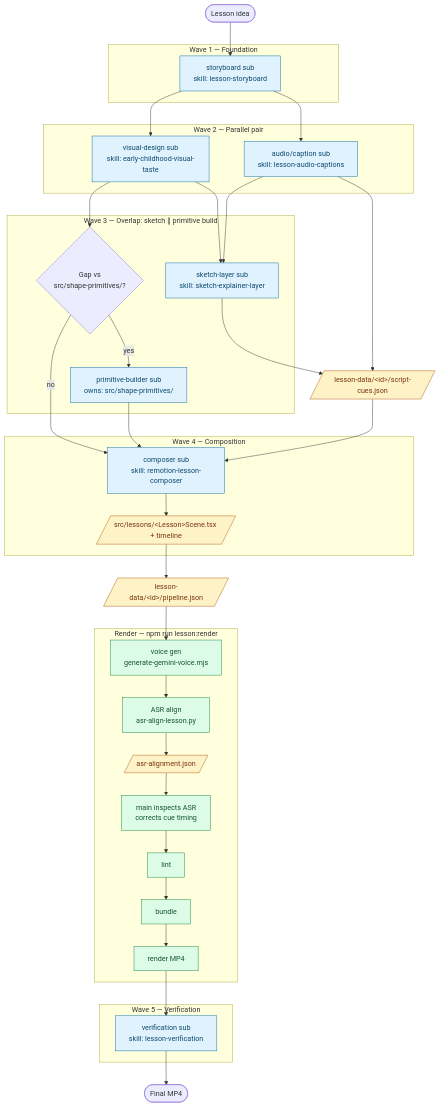
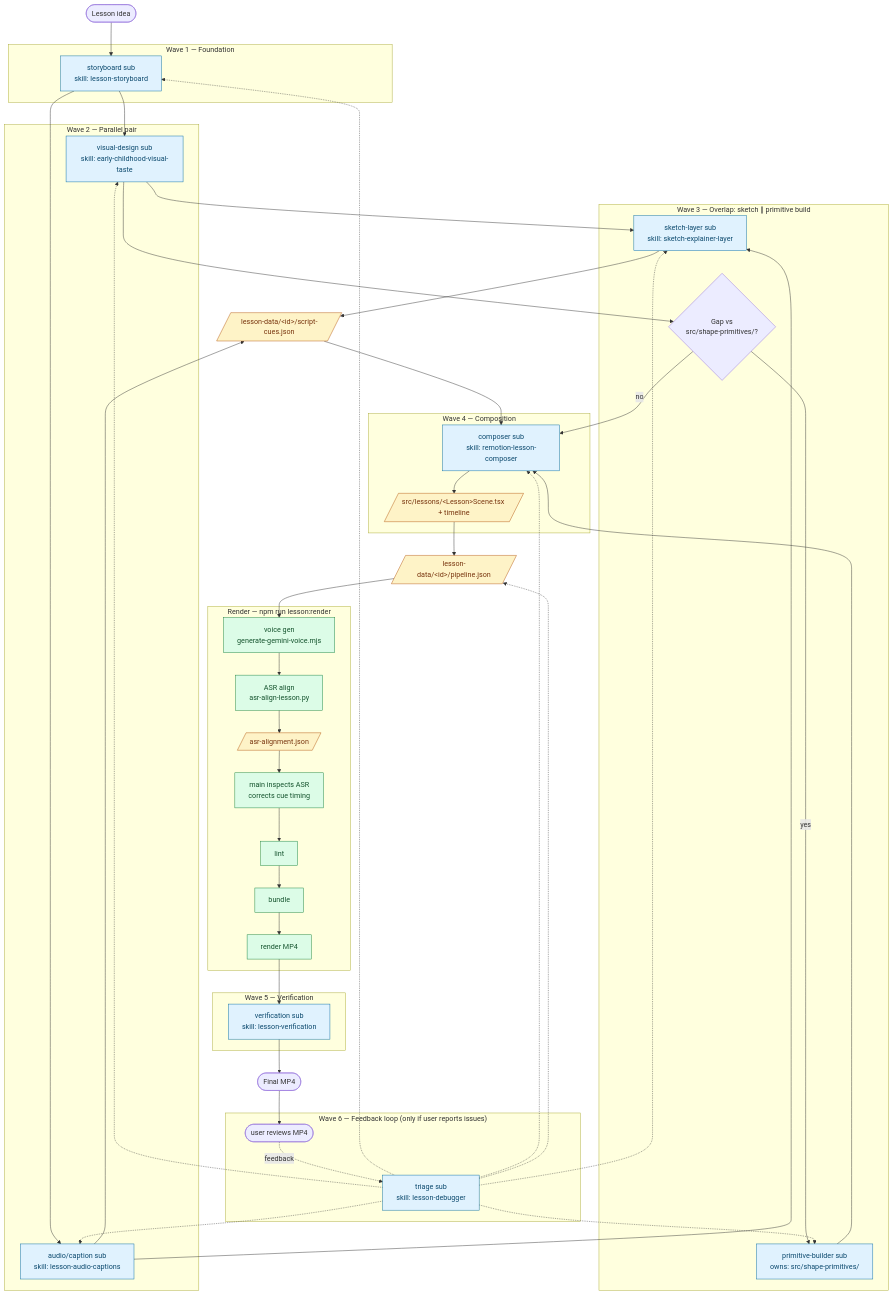
One commit to blueif16/animate-svg changed the diagram in README.md. Above: the diagram before and after it, drawn with Mermaid. The commit also changed other lines of this file and 2 other files, not shown here.

Commit message:
feat: lesson-debugger skill and Wave 6 feedback loop
Adds a debug-time-only skill containing the symptom\xE2\x86\x92wave triage table,
minimal re-run flags, and the structural-change approval protocol. The
skill's description gates it to post-render feedback only, so its body
isn't loaded during waves 1\xE2\x80\x934 video production.

CLAUDE.md gains a 5-line Feedback Loop section pointing to the skill.
README mermaid gains Wave 6 (user review + triage) with dashed feedback
edges back into each upstream wave.

````diff
--- a/README.md
+++ b/README.md
@@ -9,67 +9,81 @@
 ```mermaid
 flowchart TD
     Idea([Lesson idea])
 
     subgraph W1["Wave 1 — Foundation"]
         SB[storyboard sub<br/>skill: lesson-storyboard]
     end
 
     subgraph W2["Wave 2 — Parallel pair"]
         VD[visual-design sub<br/>skill: early-childhood-visual-taste]
         AC[audio/caption sub<br/>skill: lesson-audio-captions]
     end
 
     subgraph W3["Wave 3 — Overlap: sketch ∥ primitive build"]
         SK[sketch-layer sub<br/>skill: sketch-explainer-layer]
         Gap{Gap vs<br/>src/shape-primitives/?}
         PB[primitive-builder sub<br/>owns: src/shape-primitives/]
     end
 
     Cues[/lesson-data/&lt;id&gt;/script-cues.json/]
 
     subgraph W4["Wave 4 — Composition"]
         CO[composer sub<br/>skill: remotion-lesson-composer]
         Scene[/src/lessons/&lt;Lesson&gt;Scene.tsx + timeline/]
     end
 
     Cfg[/lesson-data/&lt;id&gt;/pipeline.json/]
 
     subgraph Pipe["Render — npm run lesson:render"]
         V[voice gen<br/>generate-gemini-voice.mjs]
         A[ASR align<br/>asr-align-lesson.py]
         ASR[/asr-alignment.json/]
         Fix[main inspects ASR<br/>corrects cue timing]
         L[lint]
         B[bundle]
         R[render MP4]
     end
 
     subgraph W5["Wave 5 — Verification"]
         VS[verification sub<br/>skill: lesson-verification]
     end
 
     MP4([Final MP4])
 
+    subgraph W6["Wave 6 — Feedback loop (only if user reports issues)"]
+        Review([user reviews MP4])
+        TR[triage sub<br/>skill: lesson-debugger]
+    end
+
     Idea --> SB
     SB --> VD
     SB --> AC
     VD --> SK
     AC --> SK
     VD --> Gap
     Gap -- yes --> PB
     Gap -- no --> CO
     PB --> CO
     SK --> Cues
     AC --> Cues
     Cues --> CO
     CO --> Scene
     Scene --> Cfg
     Cfg --> V --> A --> ASR --> Fix --> L --> B --> R --> VS --> MP4
+    MP4 --> Review
+    Review -. feedback .-> TR
+    TR -.-> SB
+    TR -.-> VD
+    TR -.-> AC
+    TR -.-> SK
+    TR -.-> PB
+    TR -.-> CO
+    TR -.-> Cfg
 
     classDef sub fill:#e0f2fe,stroke:#0369a1,color:#0c4a6e
     classDef art fill:#fef3c7,stroke:#b45309,color:#78350f
     classDef step fill:#dcfce7,stroke:#15803d,color:#14532d
-    class SB,VD,AC,SK,PB,CO,VS sub
+    class SB,VD,AC,SK,PB,CO,VS,TR sub
     class Cues,Cfg,ASR,Scene art
     class V,A,L,B,R,Fix step
 ```
````
